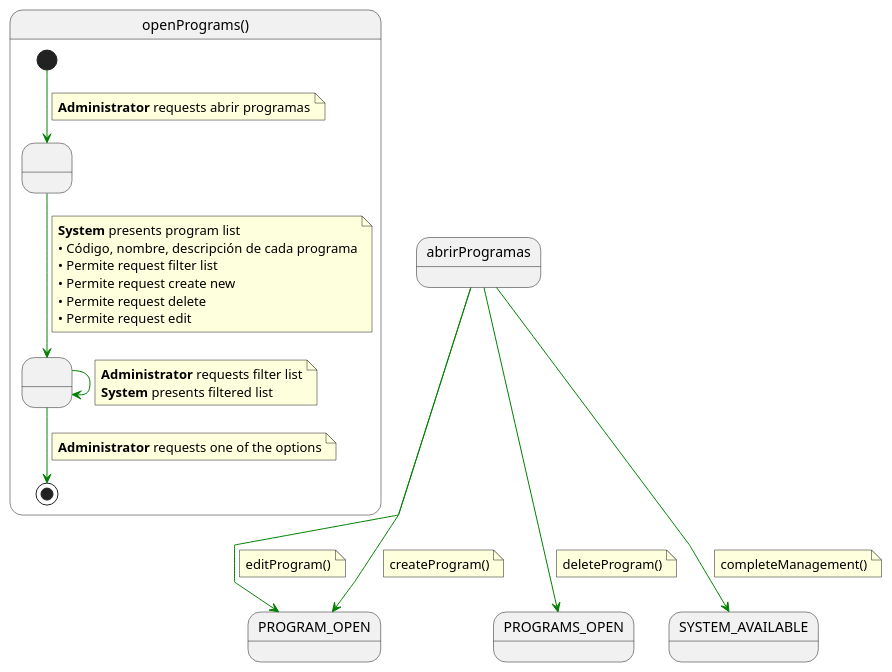
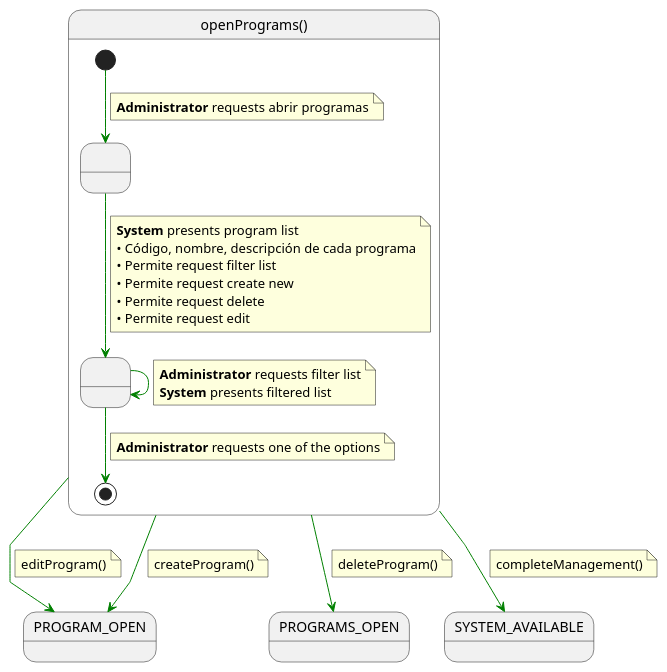
The diagram in RUP/00-casos-uso/02-detalle/abrirProgramas/especificacion.puml (mmasias/pySigHor), drawn with PlantUML before and after one commit. The commit also changed 22 other files, not shown here.

```diff
--- a/RUP/00-casos-uso/02-detalle/abrirProgramas/especificacion.puml
+++ b/RUP/00-casos-uso/02-detalle/abrirProgramas/especificacion.puml
@@ -1,57 +1,57 @@
 @startuml openPrograms
 
 skinparam linetype polyline
 
 state openPrograms as "openPrograms()" {
 
     state " " as ShowingList
     state " " as FilteringList
 
     [*] -[#green]-> ShowingList 
     note on link
     <b>Administrator</b> requests abrir programas
     end note    
     
     ShowingList -[#green]-> FilteringList
     note on link
     <b>System</b> presents program list
     • Código, nombre, descripción de cada programa
     • Permite request filter list
     • Permite request create new
     • Permite request delete
     • Permite request edit
     end note
     
     FilteringList -[#green]-> FilteringList
     note on link
     <b>Administrator</b> requests filter list
     <b>System</b> presents filtered list
     end note
     
     FilteringList -[#green]-> [*]
     note on link
     <b>Administrator</b> requests one of the options
     end note
 }
 
-abrirProgramas -[#green]-> PROGRAM_OPEN
+openPrograms -[#green]-> PROGRAM_OPEN
 note on link
 editProgram()
 end note
 
-abrirProgramas -[#green]-> PROGRAM_OPEN
+openPrograms -[#green]-> PROGRAM_OPEN
 note on link
 createProgram()
 end note
 
-abrirProgramas -[#green]-> PROGRAMS_OPEN
+openPrograms -[#green]-> PROGRAMS_OPEN
 note on link
 deleteProgram()
 end note
 
-abrirProgramas -[#green]-> SYSTEM_AVAILABLE
+openPrograms -[#green]-> SYSTEM_AVAILABLE
 note on link
 completeManagement()
 end note
 
 @enduml
```
